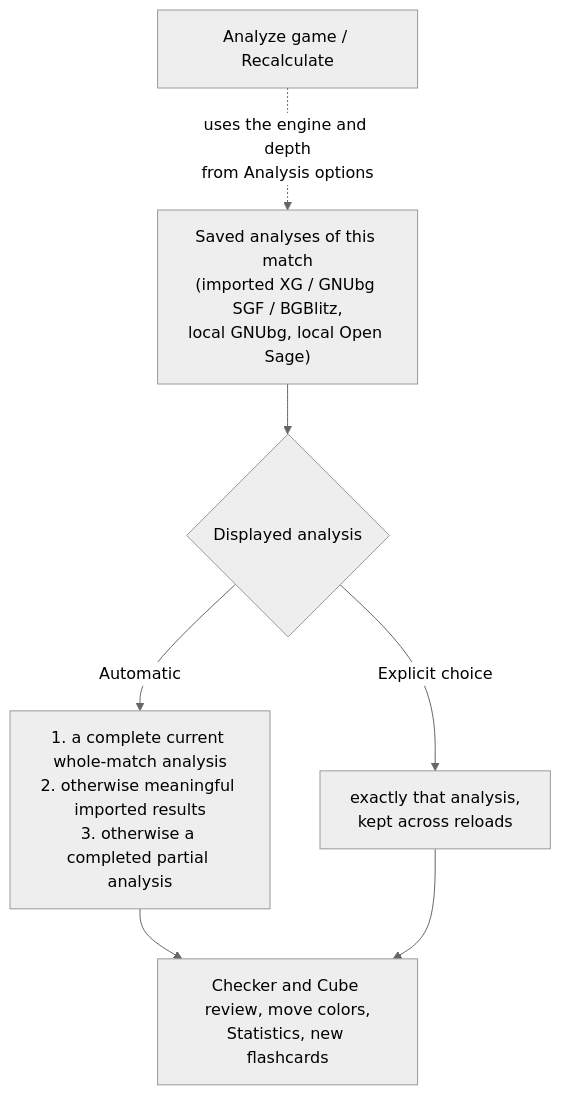
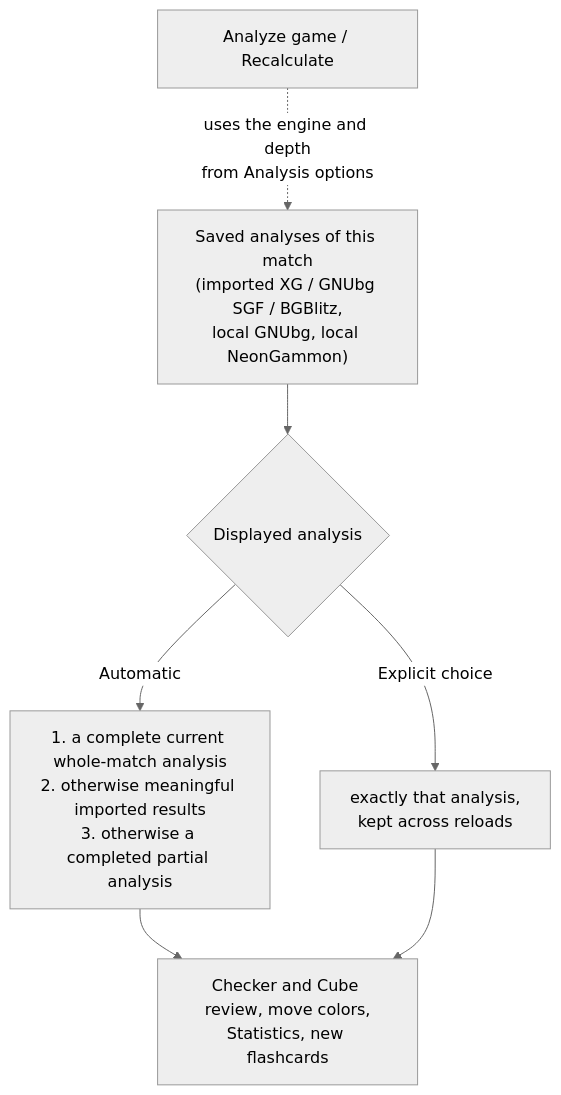
The fourth of 7 diagrams in docs/user-guide/README.md (HendrikReh/neondojo), drawn with Mermaid (neutral theme) before and after one commit. The commit also changed other lines of this file and 88 other files, not shown here.

First line of the commit message:
Use NeonGammon 3.0.0 and call the engine NeonGammon

````diff
--- a/docs/user-guide/README.md
+++ b/docs/user-guide/README.md
@@ -302,9 +302,9 @@
 ```mermaid
 flowchart TD
-  C["Saved analyses of this match<br/>(imported XG / GNUbg SGF / BGBlitz,<br/>local GNUbg, local Open Sage)"] --> SEL{"Displayed analysis"}
+  C["Saved analyses of this match<br/>(imported XG / GNUbg SGF / BGBlitz,<br/>local GNUbg, local NeonGammon)"] --> SEL{"Displayed analysis"}
   SEL -- "Automatic" --> AUTO["1. a complete current whole-match analysis<br/>2. otherwise meaningful imported results<br/>3. otherwise a completed partial analysis"]
   SEL -- "Explicit choice" --> EXP["exactly that analysis,<br/>kept across reloads"]
   AUTO --> USE["Checker and Cube review, move colors,<br/>Statistics, new flashcards"]
   EXP --> USE
   NEW["Analyze game / Recalculate"] -. "uses the engine and depth<br/>from Analysis options" .-> C
 ```
````
